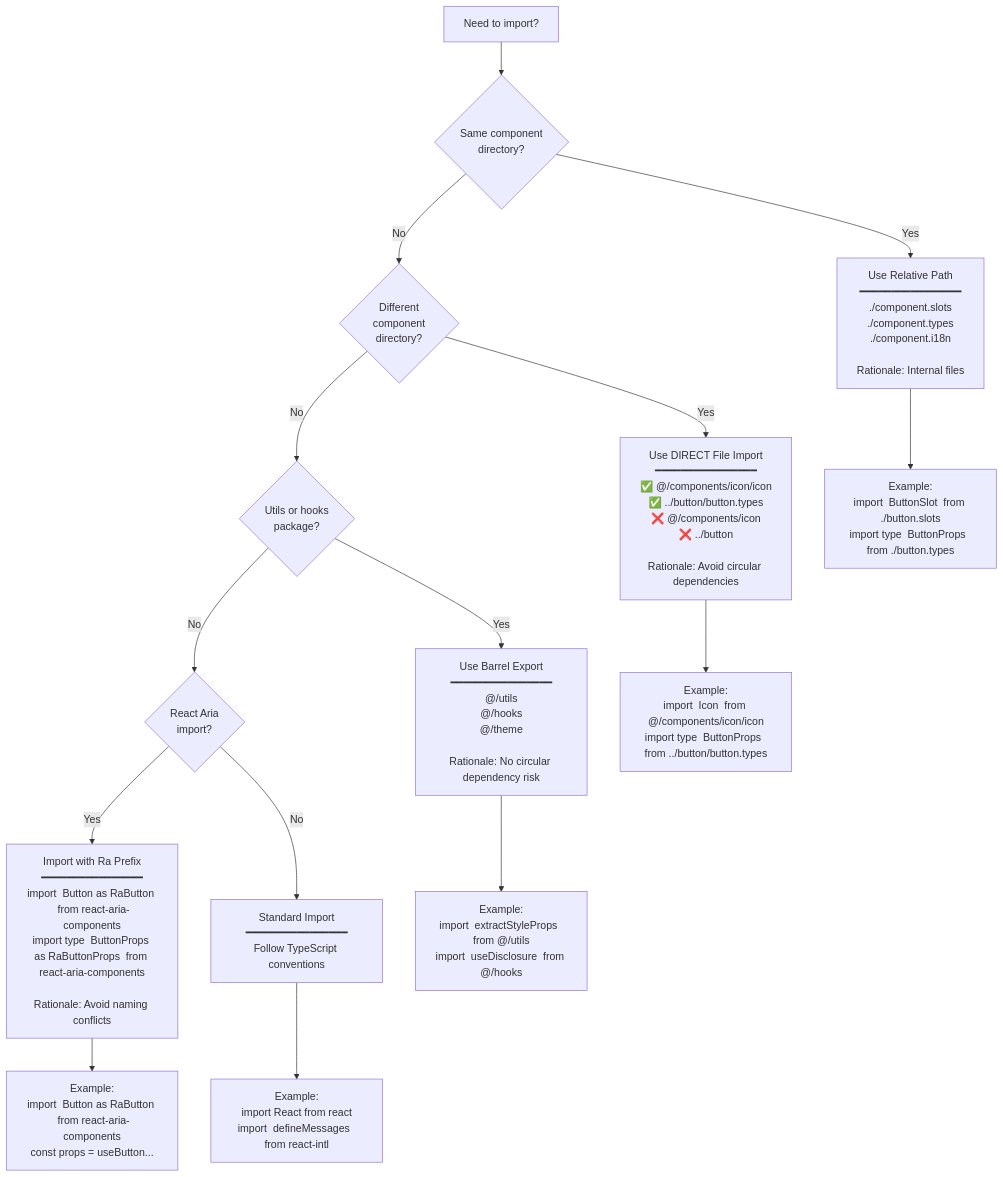
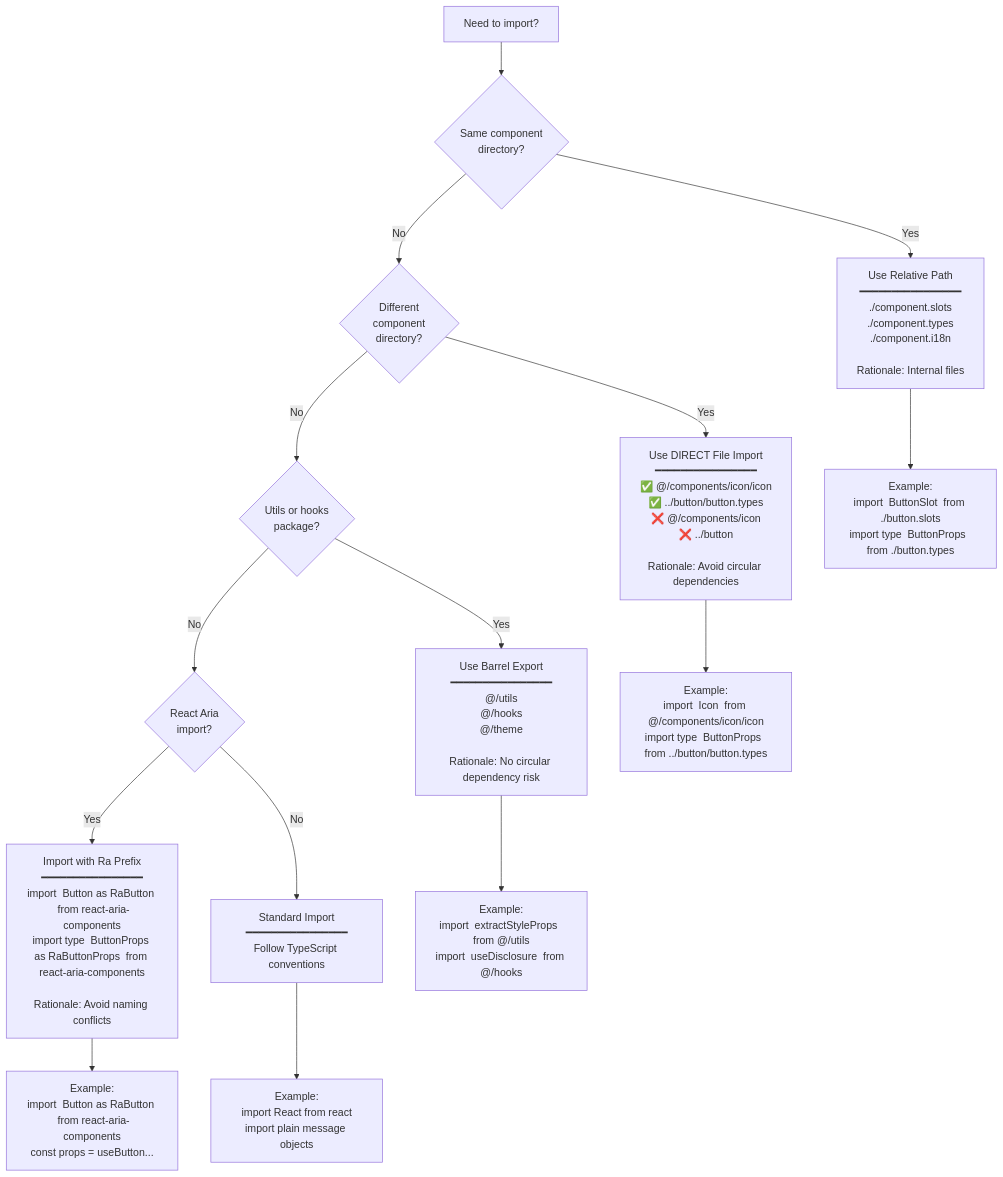
One commit to commercetools/nimbus changed the fourth of 4 diagrams in .claude/skills/writing-main-component/SKILL.md. Above: the diagram before and after it, drawn with Mermaid. The commit also changed other lines of this file and 3 other files, not shown here.

````diff
--- a/.claude/skills/writing-main-component/SKILL.md
+++ b/.claude/skills/writing-main-component/SKILL.md
@@ -1225,21 +1224,21 @@
 ```mermaid
 flowchart TD
     Start[Need to import?] --> Q1{Same component<br/>directory?}
     Q1 -->|Yes| Relative[Use Relative Path<br/>━━━━━━━━━━━━━━━━<br/>./component.slots<br/>./component.types<br/>./component.i18n<br/><br/>Rationale: Internal files]
     Q1 -->|No| Q2{Different<br/>component<br/>directory?}
 
     Q2 -->|Yes| Direct[Use DIRECT File Import<br/>━━━━━━━━━━━━━━━━<br/>✅ @/components/icon/icon<br/>✅ ../button/button.types<br/>❌ @/components/icon<br/>❌ ../button<br/><br/>Rationale: Avoid circular dependencies]
     Q2 -->|No| Q3{Utils or hooks<br/>package?}
 
     Q3 -->|Yes| Barrel[Use Barrel Export<br/>━━━━━━━━━━━━━━━━<br/>@/utils<br/>@/hooks<br/>@/theme<br/><br/>Rationale: No circular dependency risk]
     Q3 -->|No| Q4{React Aria<br/>import?}
 
     Q4 -->|Yes| RaPrefix[Import with Ra Prefix<br/>━━━━━━━━━━━━━━━━<br/>import  Button as RaButton  from react-aria-components<br/>import type  ButtonProps as RaButtonProps  from react-aria-components<br/><br/>Rationale: Avoid naming conflicts]
     Q4 -->|No| Standard[Standard Import<br/>━━━━━━━━━━━━━━━━<br/>Follow TypeScript conventions]
 
     Relative --> Example1[Example:<br/>import  ButtonSlot  from ./button.slots<br/>import type  ButtonProps  from ./button.types]
     Direct --> Example2[Example:<br/>import  Icon  from @/components/icon/icon<br/>import type  ButtonProps  from ../button/button.types]
     Barrel --> Example3[Example:<br/>import  extractStyleProps  from @/utils<br/>import  useDisclosure  from @/hooks]
     RaPrefix --> Example4[Example:<br/>import  Button as RaButton  from react-aria-components<br/>const props = useButton...]
-    Standard --> Example5[Example:<br/>import React from react<br/>import  defineMessages  from react-intl]
+    Standard --> Example5[Example:<br/>import React from react<br/>import plain message objects]
 ```
````
